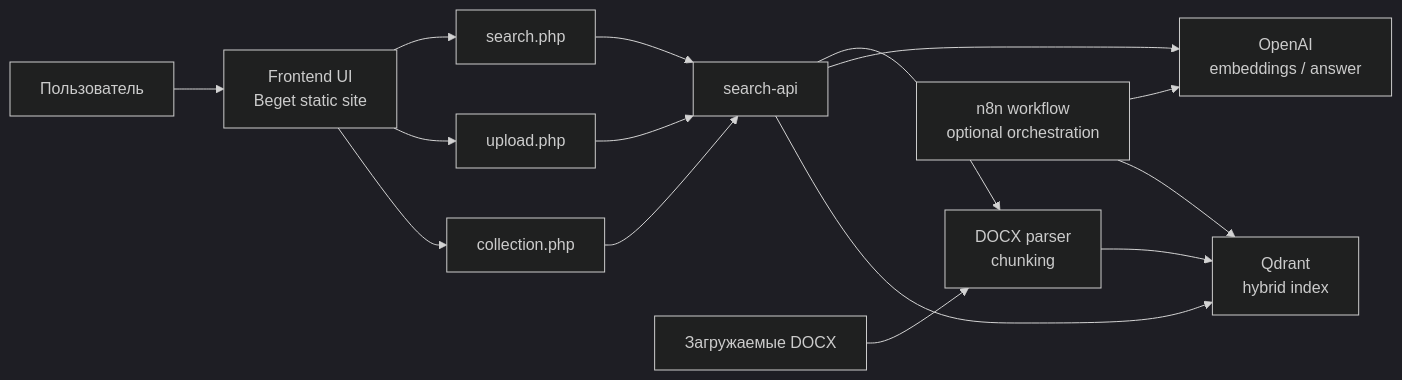
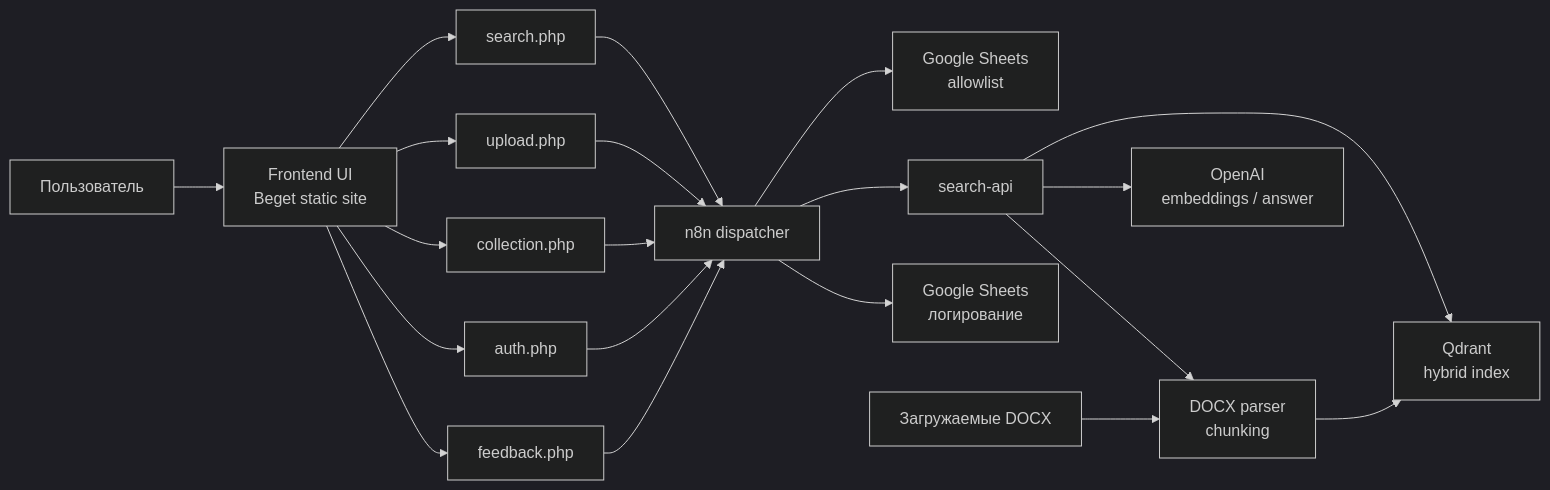
Before and after one commit to mmvolkov/regulation_search_codex_chatgpt54: the first of 3 diagrams in docs/PROJECT_DESCRIPTION.md, drawn with Mermaid (dark theme). The commit also changed other lines of this file and 3 other files, not shown here.

First line of the commit message:
Update project docs to reflect current architecture and features

````diff
--- a/docs/PROJECT_DESCRIPTION.md
+++ b/docs/PROJECT_DESCRIPTION.md
@@ -84,21 +102,26 @@
 ```mermaid
 flowchart LR
     U["Пользователь"] --> FE["Frontend UI<br/>Beget static site"]
     FE --> P1["search.php"]
     FE --> P2["upload.php"]
     FE --> P3["collection.php"]
+    FE --> P4["auth.php"]
+    FE --> P5["feedback.php"]
 
-    P1 --> API["search-api"]
-    P2 --> API
-    P3 --> API
+    P1 --> DISP["n8n dispatcher"]
+    P2 --> DISP
+    P3 --> DISP
+    P4 --> DISP
+    P5 --> DISP
+
+    DISP --> GS_AUTH["Google Sheets<br/>allowlist"]
+    DISP --> API["search-api"]
+    DISP --> GS_LOG["Google Sheets<br/>логирование"]
 
     API --> PARSER["DOCX parser<br/>chunking"]
     API --> OA["OpenAI<br/>embeddings / answer"]
     API --> Q["Qdrant<br/>hybrid index"]
 
-    N["n8n workflow<br/>optional orchestration"] --> OA
-    N --> Q
-
     D["Загружаемые DOCX"] --> PARSER
     PARSER --> Q
 ```
````
